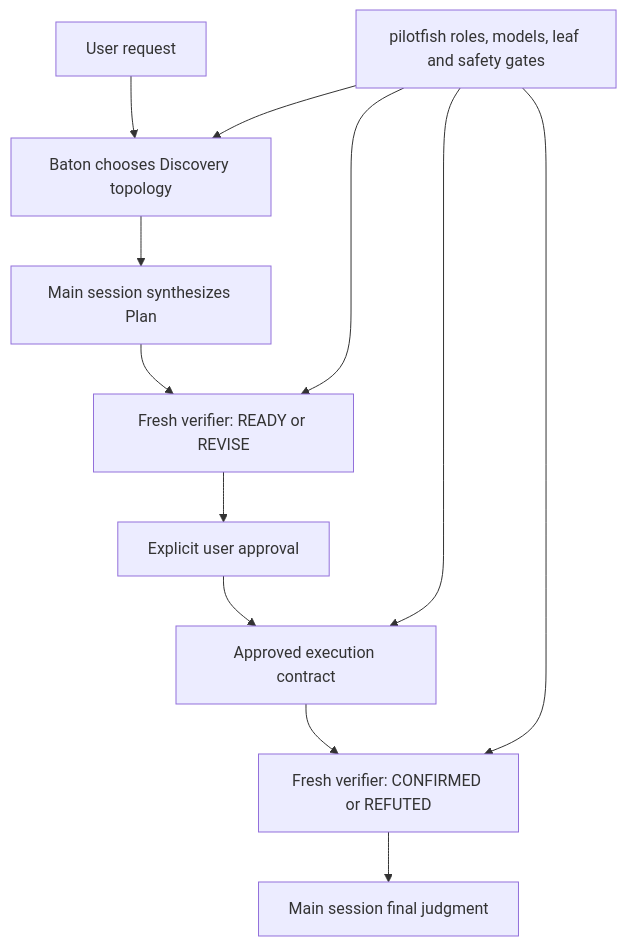
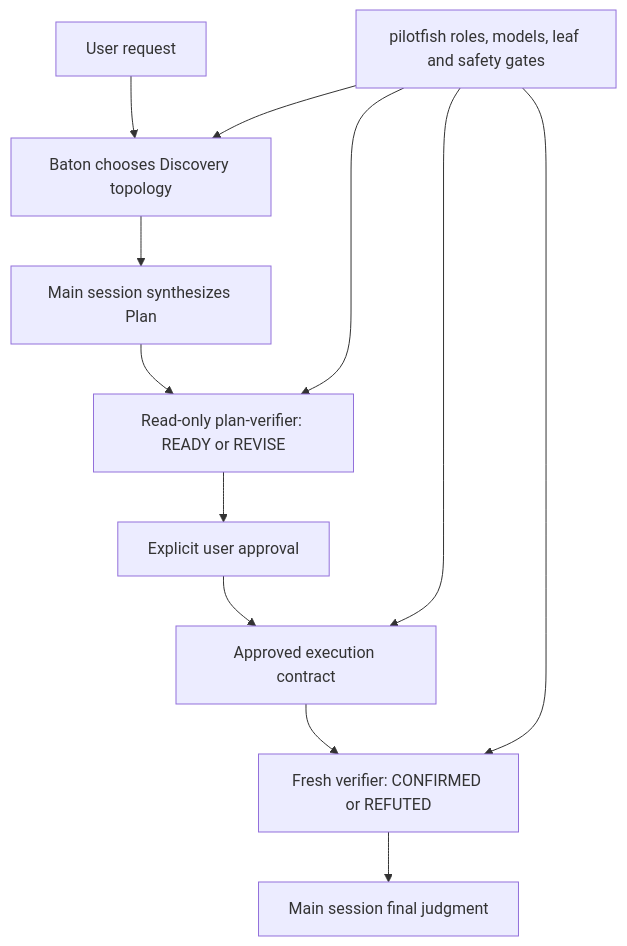
One commit to trionnemesis/pilotfish changed the diagram in benchmarks/baton-compatibility/README.md. Above: the diagram before and after it, drawn with Mermaid. The commit also changed other lines of this file and 17 other files, not shown here.

Commit message:
fix(orchestration): enforce read-only approval gates

````diff
--- a/benchmarks/baton-compatibility/README.md
+++ b/benchmarks/baton-compatibility/README.md
@@ -23,14 +23,14 @@
 ```mermaid
 flowchart TD
     REQUEST["User request"] --> DISCOVERY["Baton chooses Discovery topology"]
     DISCOVERY --> PLAN["Main session synthesizes Plan"]
-    PLAN --> READINESS["Fresh verifier: READY or REVISE"]
+    PLAN --> READINESS["Read-only plan-verifier: READY or REVISE"]
     READINESS --> APPROVAL["Explicit user approval"]
     APPROVAL --> EXECUTION["Approved execution contract"]
     EXECUTION --> OUTCOME["Fresh verifier: CONFIRMED or REFUTED"]
     OUTCOME --> FINAL["Main session final judgment"]
     PILOTFISH["pilotfish roles, models, leaf and safety gates"] --> DISCOVERY
     PILOTFISH --> READINESS
     PILOTFISH --> EXECUTION
     PILOTFISH --> OUTCOME
 ```
````
